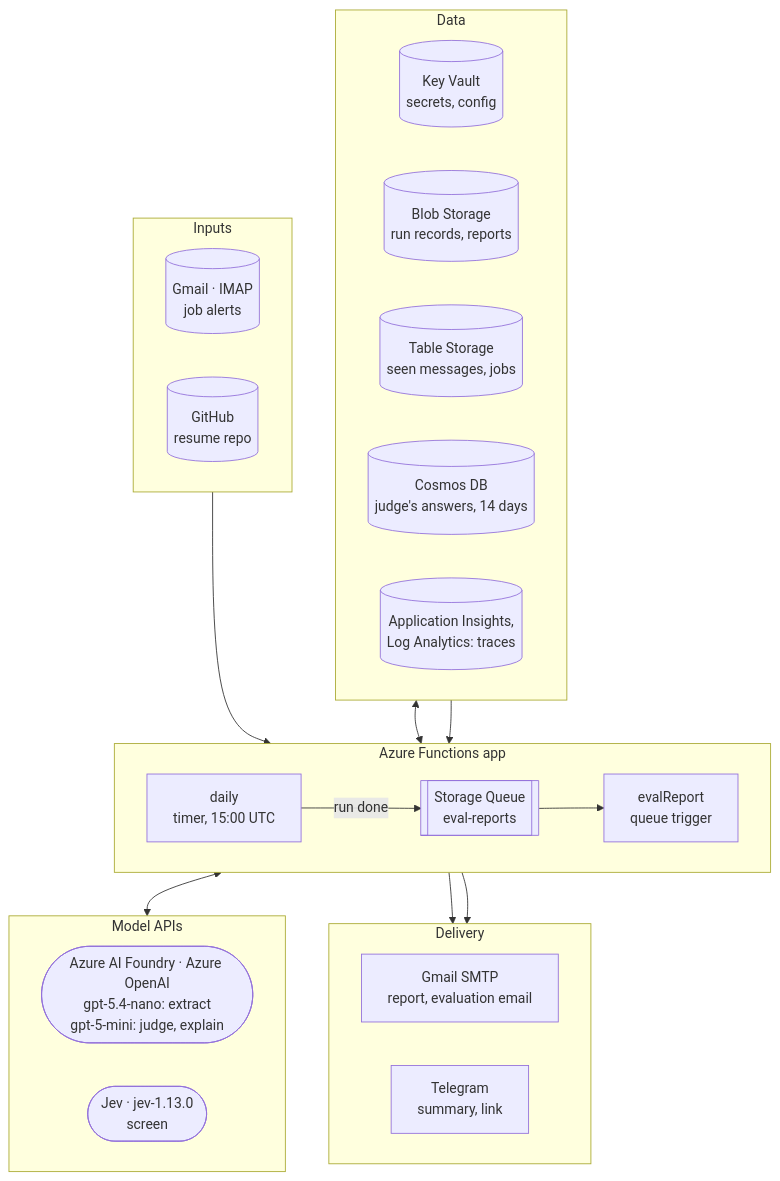
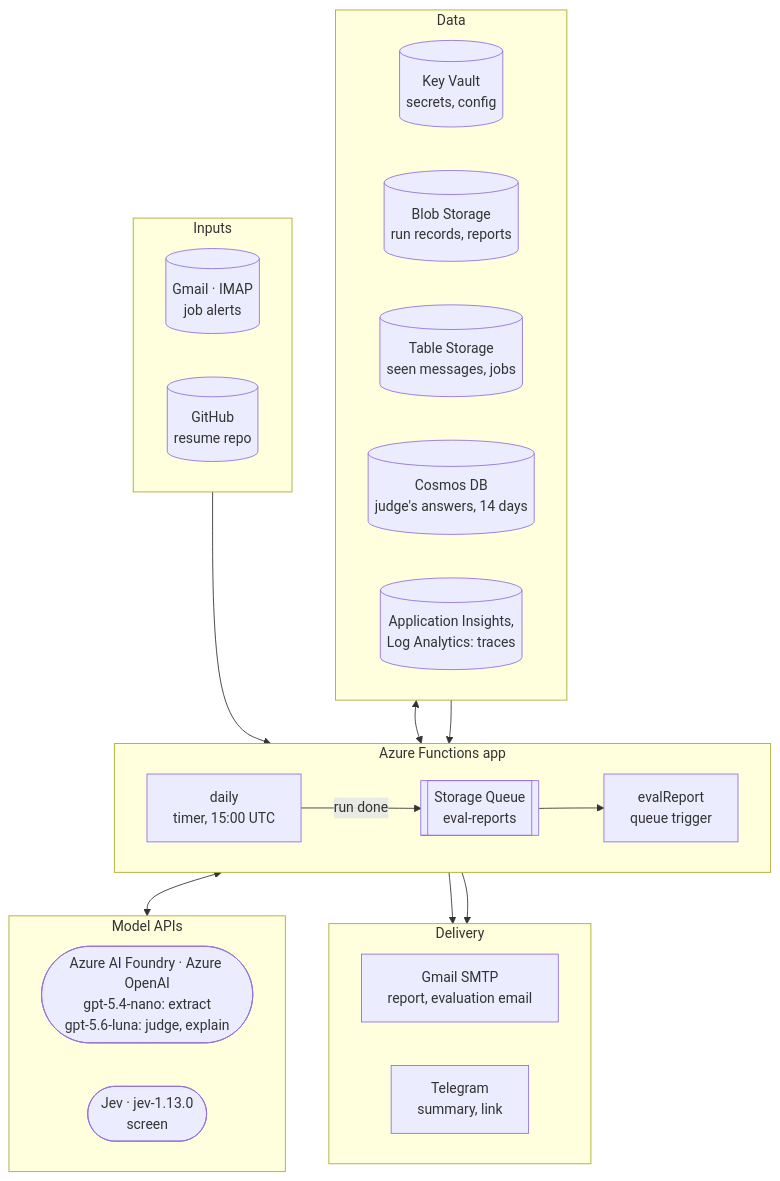
Before and after one commit to PCBZ/job-scan: the first of 3 diagrams in README.md, drawn with Mermaid. The commit also changed other lines of this file and 6 other files, not shown here.

Commit message:
feat(model): judge and explain on gpt-5.6-luna at its defaults

````diff
--- a/README.md
+++ b/README.md
@@ -25,44 +25,44 @@
 ```mermaid
 flowchart TB
   subgraph inputs [Inputs]
     direction LR
     gmail[(Gmail · IMAP<br/>job alerts)]
     github[(GitHub<br/>resume repo)]
   end
 
   subgraph app [Azure Functions app]
     direction LR
     daily["daily<br/>timer, 15:00 UTC"]
     queue[[Storage Queue<br/>eval-reports]]
     evalfn["evalReport<br/>queue trigger"]
     daily -- "run done" --> queue --> evalfn
   end
 
   subgraph apis [Model APIs]
     direction LR
-    openai(["Azure AI Foundry · Azure OpenAI<br/>gpt-5.4-nano: extract<br/>gpt-5-mini: judge, explain"])
+    openai(["Azure AI Foundry · Azure OpenAI<br/>gpt-5.4-nano: extract<br/>gpt-5.6-luna: judge, explain"])
     jev([Jev · jev-1.13.0<br/>screen])
   end
 
   subgraph data [Data]
     direction LR
     vault[(Key Vault<br/>secrets, config)]
     blob[(Blob Storage<br/>run records, reports)]
     table[(Table Storage<br/>seen messages, jobs)]
     cosmos[(Cosmos DB<br/>judge's answers, 14 days)]
     logs[("Application Insights,<br/>Log Analytics: traces")]
   end
 
   subgraph out [Delivery]
     direction LR
     smtp[Gmail SMTP<br/>report, evaluation email]
     tg[Telegram<br/>summary, link]
   end
 
   inputs --> daily
   daily <--> apis
   data <--> daily
   data --> evalfn
   daily --> out
   evalfn --> out
 ```
````
